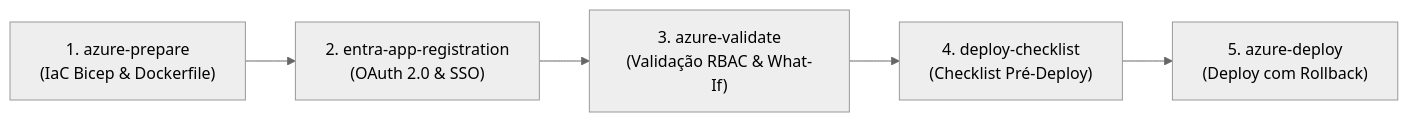
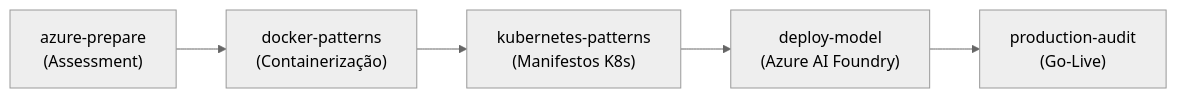
The third of 6 diagrams in CEREBRO.md (Henrique1601/SkiilsToIAs), drawn with Mermaid (neutral theme) before and after one commit. The commit also changed other lines of this file and 257 other files, not shown here.

````diff
--- a/CEREBRO.md
+++ b/CEREBRO.md
@@ -124,12 +136,7 @@
 ```mermaid
 flowchart LR
-    A["1. azure-prepare
-(IaC Bicep & Dockerfile)"] --> B["2. entra-app-registration
-(OAuth 2.0 & SSO)"]
-    B --> C["3. azure-validate
-(Validação RBAC & What-If)"]
-    C --> D["4. deploy-checklist
-(Checklist Pré-Deploy)"]
-    D --> E["5. azure-deploy
-(Deploy com Rollback)"]
+    A["azure-prepare<br/>(Assessment)"] --> B["docker-patterns<br/>(Containerização)"]
+    B --> C["kubernetes-patterns<br/>(Manifestos K8s)"]
+    C --> D["deploy-model<br/>(Azure AI Foundry)"]
+    D --> E["production-audit<br/>(Go-Live)"]
 ```
````
